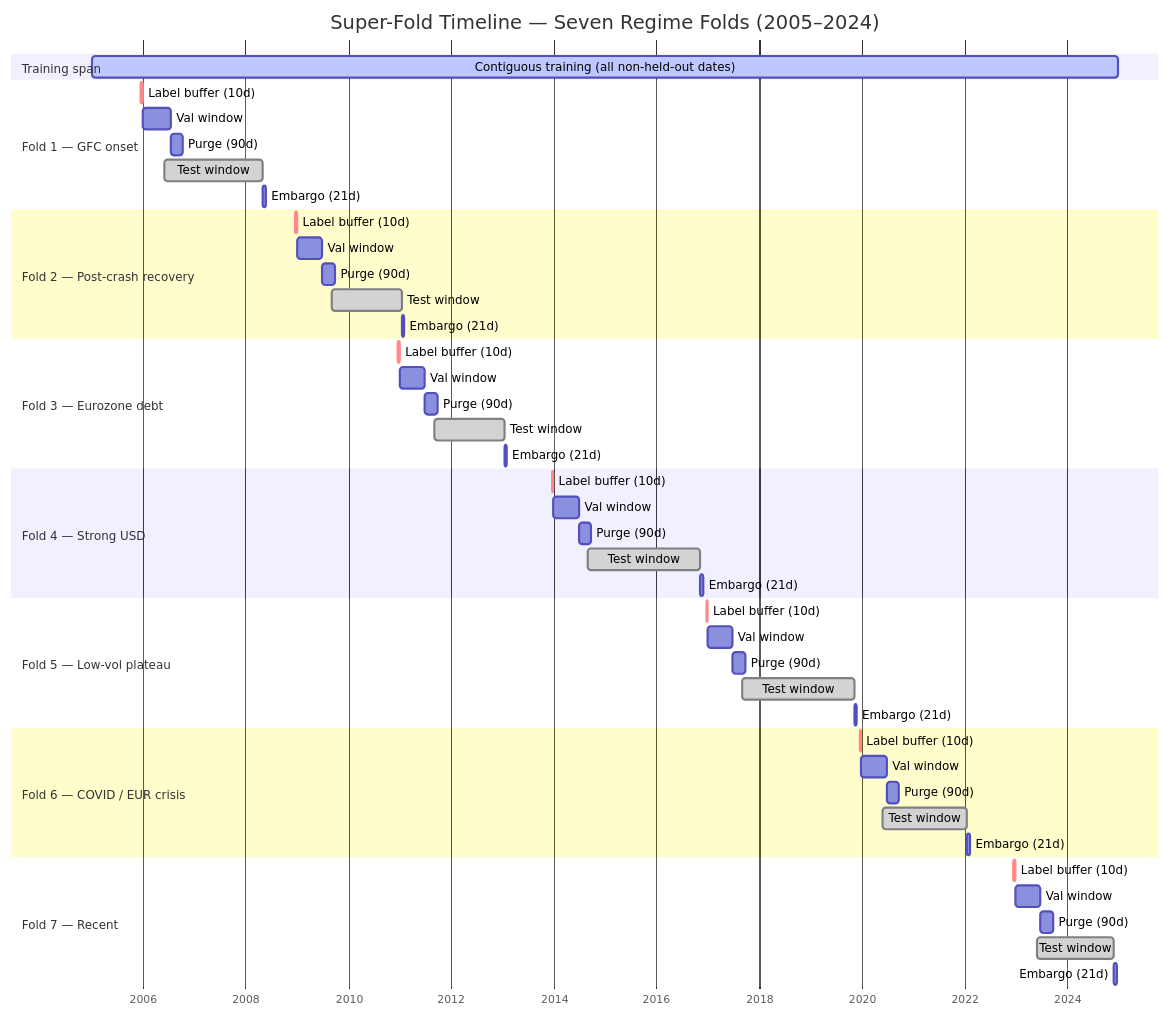
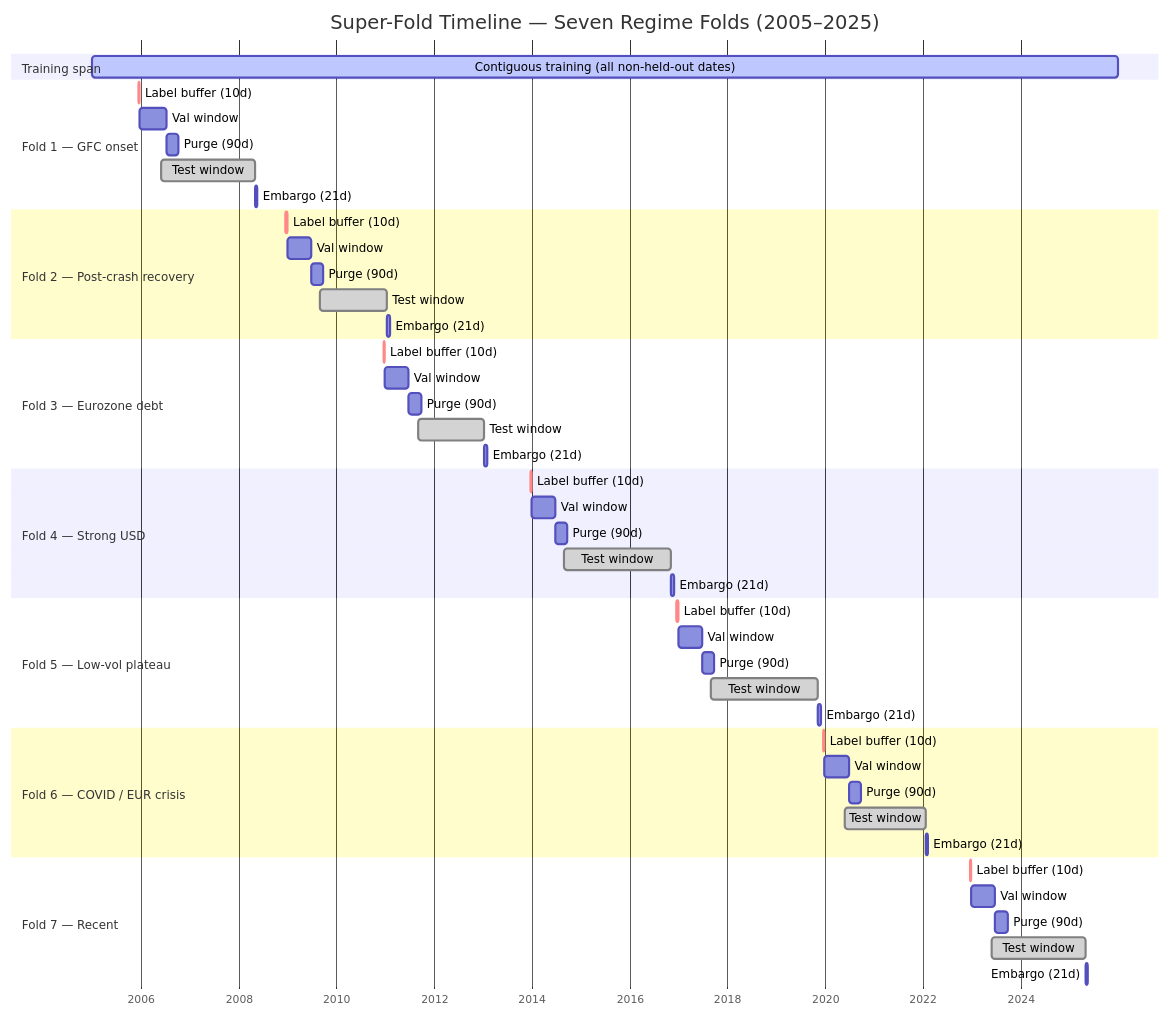
Before and after one commit to dlmastery/autoresearch: the first of 7 diagrams in autoresearch/autoresearch_results/medium_article.md, drawn with Mermaid. The commit also changed other lines of this file and 4 other files, not shown here.

````diff
--- a/autoresearch/autoresearch_results/medium_article.md
+++ b/autoresearch/autoresearch_results/medium_article.md
@@ -65,58 +59,58 @@
 ```mermaid
 gantt
-    title Super-Fold Timeline — Seven Regime Folds (2005–2024)
+    title Super-Fold Timeline — Seven Regime Folds (2005–2025)
     dateFormat  YYYY-MM-DD
     axisFormat  %Y
 
     section Training span
-    Contiguous training (all non-held-out dates)    :active, train, 2005-01-01, 2024-12-31
+    Contiguous training (all non-held-out dates)    :active, train, 2005-01-01, 2025-12-31
 
     section Fold 1 — GFC onset
     Label buffer (10d)    :crit, b1, 2005-12-15, 10d
     Val window            :v1, after b1, 200d
     Purge (90d)           :p1, after v1, 90d
     Test window           :done, t1, 2006-06-01, 700d
     Embargo (21d)         :e1, after t1, 21d
 
     section Fold 2 — Post-crash recovery
     Label buffer (10d)    :crit, b2, 2008-12-20, 10d
     Val window            :v2, after b2, 180d
     Purge (90d)           :p2, after v2, 90d
     Test window           :done, t2, 2009-09-01, 500d
     Embargo (21d)         :e2, after t2, 21d
 
     section Fold 3 — Eurozone debt
     Label buffer (10d)    :crit, b3, 2010-12-20, 10d
     Val window            :v3, after b3, 180d
     Purge (90d)           :p3, after v3, 90d
     Test window           :done, t3, 2011-09-01, 500d
     Embargo (21d)         :e3, after t3, 21d
 
     section Fold 4 — Strong USD
     Label buffer (10d)    :crit, b4, 2013-12-20, 10d
     Val window            :v4, after b4, 180d
     Purge (90d)           :p4, after v4, 90d
     Test window           :done, t4, 2014-09-01, 800d
     Embargo (21d)         :e4, after t4, 21d
 
     section Fold 5 — Low-vol plateau
     Label buffer (10d)    :crit, b5, 2016-12-20, 10d
     Val window            :v5, after b5, 180d
     Purge (90d)           :p5, after v5, 90d
     Test window           :done, t5, 2017-09-01, 800d
     Embargo (21d)         :e5, after t5, 21d
 
     section Fold 6 — COVID / EUR crisis
     Label buffer (10d)    :crit, b6, 2019-12-20, 10d
     Val window            :v6, after b6, 180d
     Purge (90d)           :p6, after v6, 90d
     Test window           :done, t6, 2020-06-01, 600d
     Embargo (21d)         :e6, after t6, 21d
 
     section Fold 7 — Recent
     Label buffer (10d)    :crit, b7, 2022-12-20, 10d
     Val window            :v7, after b7, 180d
     Purge (90d)           :p7, after v7, 90d
-    Test window           :done, t7, 2023-06-01, 550d
+    Test window           :done, t7, 2023-06-01, 700d
     Embargo (21d)         :e7, after t7, 21d
 ```
````
